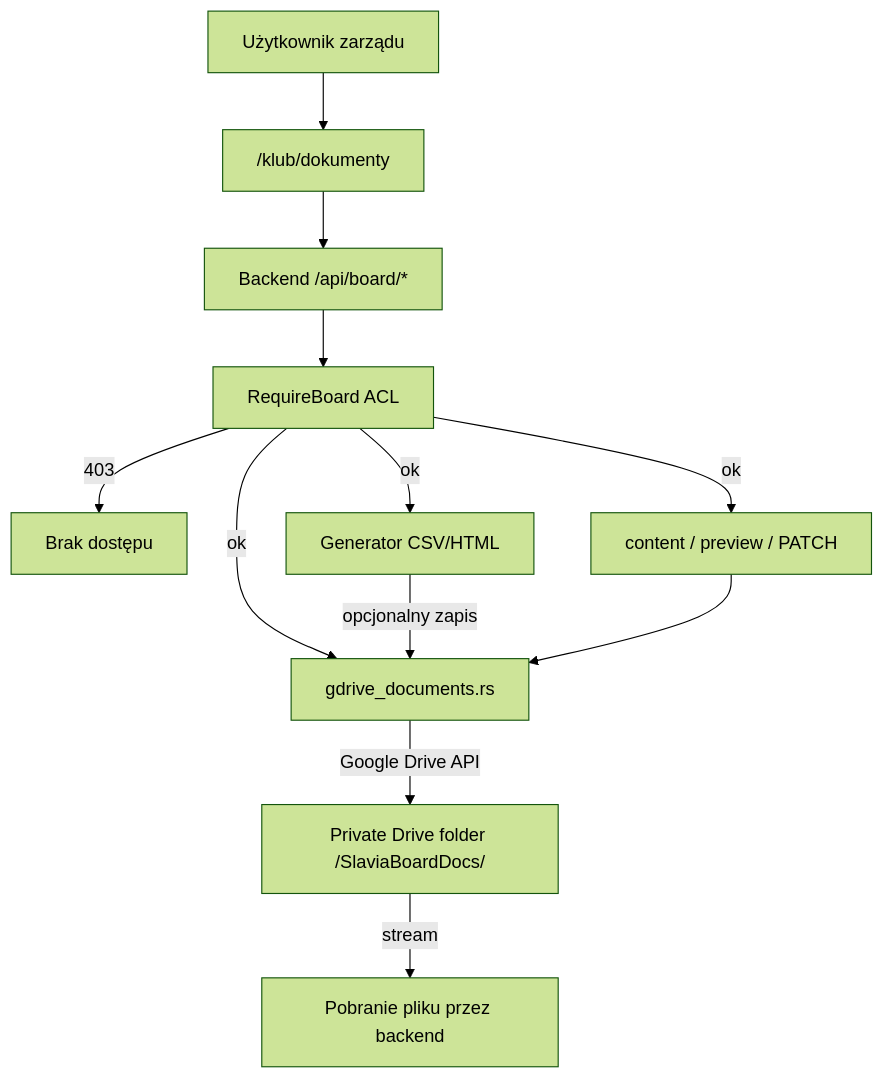
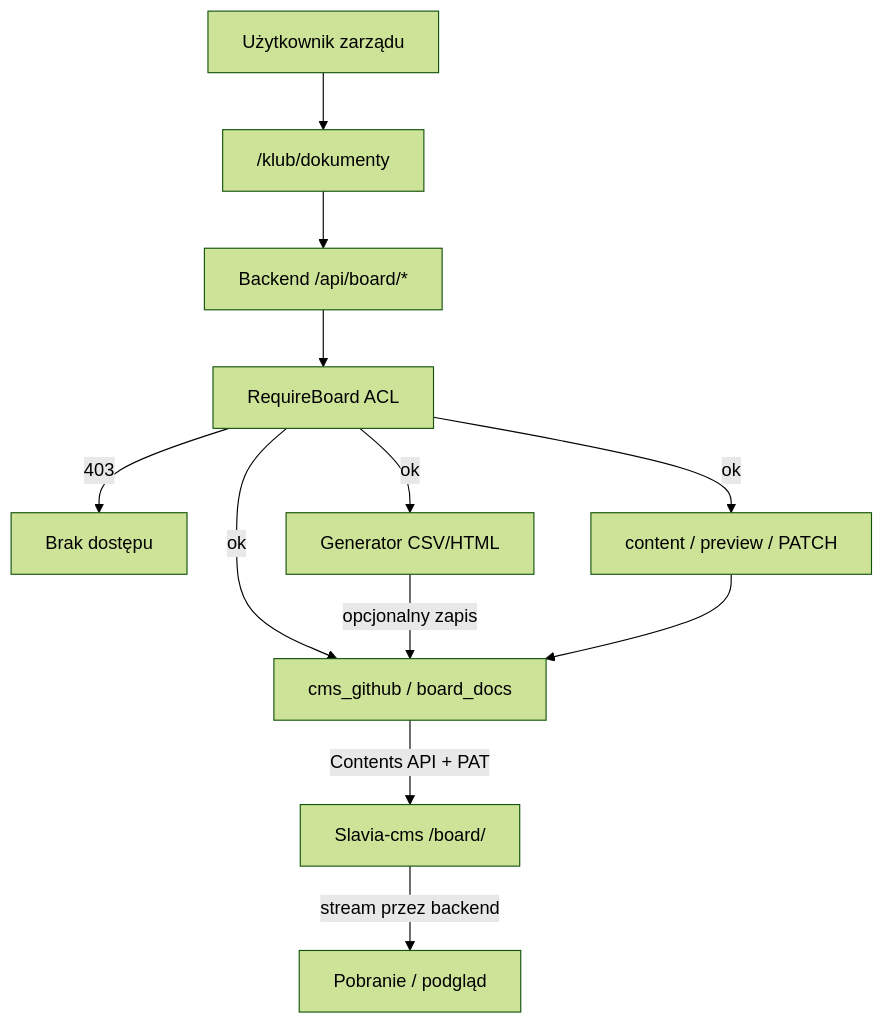
The second of 2 diagrams in .cursor/plans/zarzad-dokumenty_a5bb3b64.plan.md (JakubGawron1/Slavia-Website), drawn with Mermaid (forest theme) before and after one commit. The commit also changed other lines of this file and 3 other files, not shown here.

````diff
--- a/.cursor/plans/zarzad-dokumenty_a5bb3b64.plan.md
+++ b/.cursor/plans/zarzad-dokumenty_a5bb3b64.plan.md
@@ -253,14 +284,14 @@
 ```mermaid
 flowchart TD
   User[Użytkownik zarządu] --> Front["/klub/dokumenty"]
   Front --> API["Backend /api/board/*"]
   API --> Authz[RequireBoard ACL]
   Authz -->|403| Denied[Brak dostępu]
   Authz -->|ok| Gen[Generator CSV/HTML]
   Authz -->|ok| PreviewEdit[content / preview / PATCH]
-  Authz -->|ok| GDriveHub[gdrive_documents.rs]
-  Gen -->|opcjonalny zapis| GDriveHub
-  PreviewEdit --> GDriveHub
-  GDriveHub -->|Google Drive API| DriveRepo["Private Drive folder /SlaviaBoardDocs/"]
-  DriveRepo -->|stream| Download[Pobranie pliku przez backend]
+  Authz -->|ok| CmsHub[cms_github / board_docs]
+  Gen -->|opcjonalny zapis| CmsHub
+  PreviewEdit --> CmsHub
+  CmsHub -->|Contents API + PAT| Repo["Slavia-cms /board/"]
+  Repo -->|stream przez backend| Download[Pobranie / podgląd]
 ```
````
